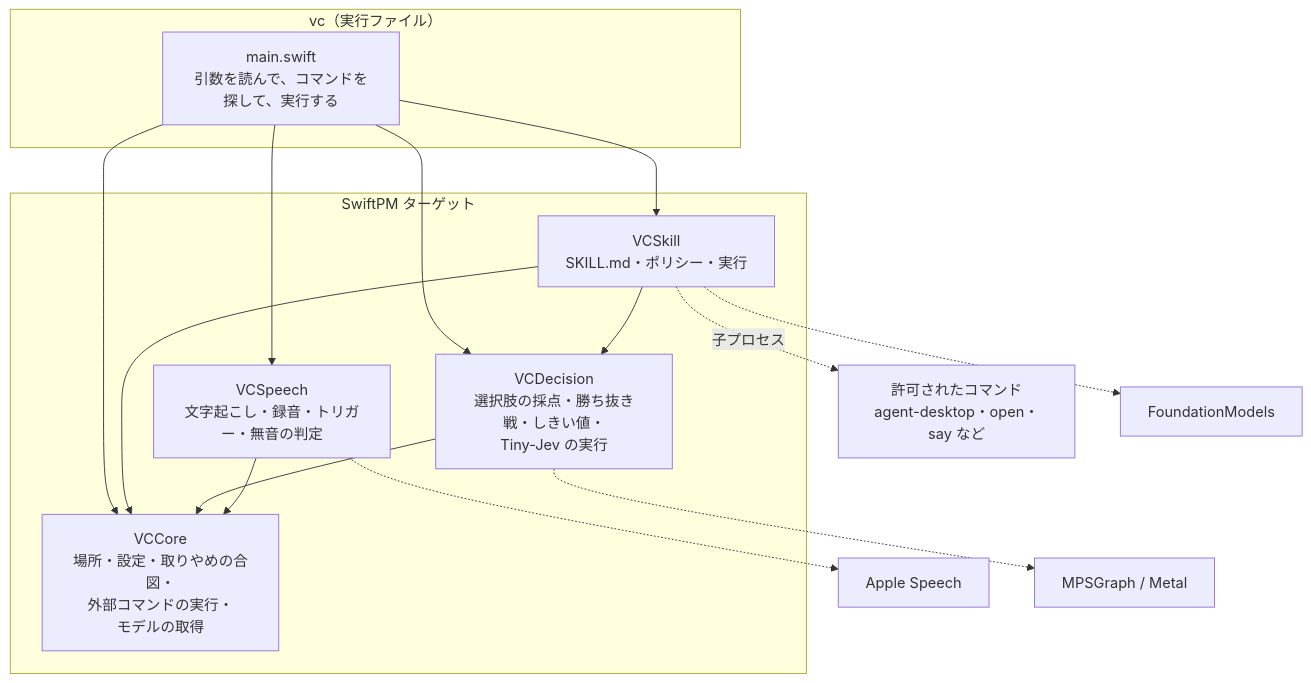
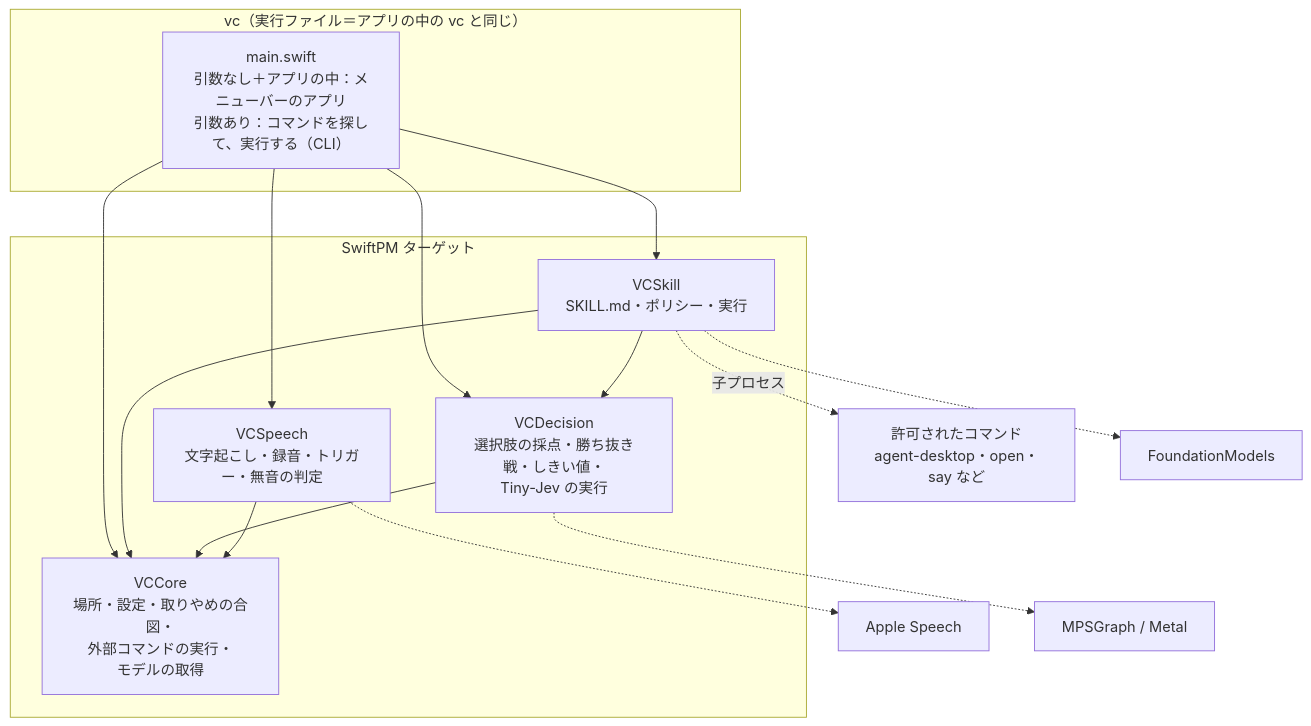
Before and after one commit to takemo101/voice-control: the first of 2 diagrams in docs/architecture.md, drawn with Mermaid. The commit also changed other lines of this file and 85 other files, not shown here.

````diff
--- a/docs/architecture.md
+++ b/docs/architecture.md
@@ -7,21 +7,21 @@
 ```mermaid
 flowchart TB
-    subgraph CLI[vc（実行ファイル）]
-        main[main.swift<br/>引数を読んで、コマンドを探して、実行する]
+    subgraph CLI[vc（実行ファイル＝アプリの中の vc と同じ）]
+        main[main.swift<br/>引数なし＋アプリの中：メニューバーのアプリ<br/>引数あり：コマンドを探して、実行する（CLI）]
     end
     subgraph Targets[SwiftPM ターゲット]
         Skill[VCSkill<br/>SKILL.md・ポリシー・実行]
         Speech[VCSpeech<br/>文字起こし・録音・トリガー・無音の判定]
         Decision[VCDecision<br/>選択肢の採点・勝ち抜き戦・しきい値・<br/>Tiny-Jev の実行]
         Core[VCCore<br/>場所・設定・取りやめの合図・<br/>外部コマンドの実行・<br/>モデルの取得]
     end
     main --> Skill & Speech & Decision & Core
     Skill --> Decision
     Skill --> Core
     Decision --> Core
     Speech --> Core
     Skill -.子プロセス.-> CMD[許可されたコマンド<br/>agent-desktop・open・say など]
     Skill -.-> FM[FoundationModels]
     Speech -.-> AS[Apple Speech]
     Decision -.-> GPU[MPSGraph / Metal]
 ```
````
